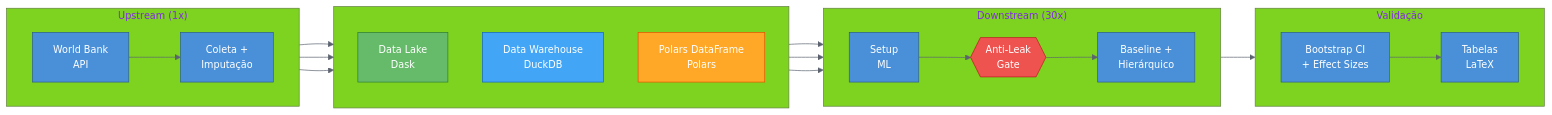
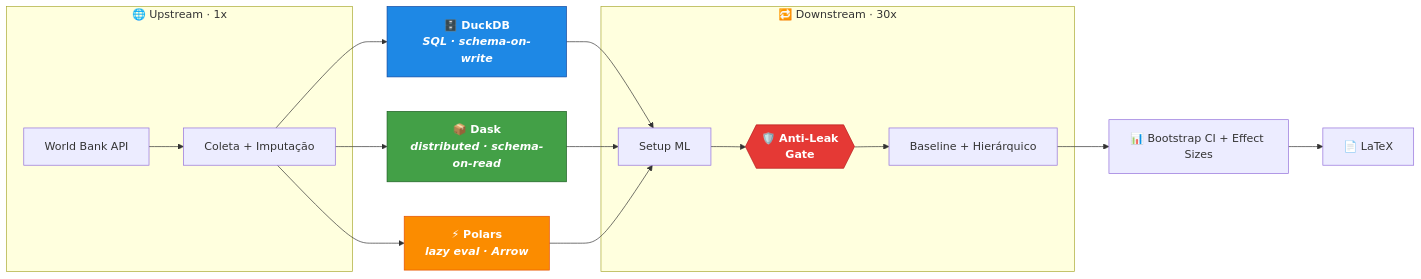
The first of 5 diagrams in README.md (DATA-UFMS/rampart-framework), drawn with Mermaid before and after one commit.

Commit message:
docs: melhora diagrama principal do README para dark mode

````diff
--- a/README.md
+++ b/README.md
@@ -5,52 +5,26 @@
 ```mermaid
----
-config:
-  theme: base
-  themeVariables:
-    primaryColor: "#4a90d9"
-    primaryTextColor: "#fff"
-    primaryBorderColor: "#2c5f8a"
-    secondaryColor: "#f5a623"
-    tertiaryColor: "#7ed321"
-    lineColor: "#5c6370"
-    fontSize: "14px"
----
 flowchart LR
-    subgraph upstream ["Upstream (1x)"]
-        direction LR
-        A["World Bank\nAPI"]
-        B["Coleta +\nImputação"]
-        A --> B
+    subgraph U["🌐 Upstream · 1x"]
+        A["World Bank API"] --> B["Coleta + Imputação"]
     end
 
-    subgraph fork [" "]
-        direction TB
-        DL["Data Lake\n Dask "]:::dask
-        DW["Data Warehouse\n DuckDB "]:::duck
-        PL["Polars DataFrame\n Polars "]:::polars
+    B --> DW & DL & PL
+
+    DW["🗄️ DuckDB<br/><i>SQL · schema-on-write</i>"]:::dw
+    DL["📦 Dask<br/><i>distributed · schema-on-read</i>"]:::dl
+    PL["⚡ Polars<br/><i>lazy eval · Arrow</i>"]:::pl
+
+    DW & DL & PL --> S
+
+    subgraph D["🔁 Downstream · 30x"]
+        S["Setup ML"] --> G{{"🛡️ Anti-Leak<br/>Gate"}}:::gate
+        G --> M["Baseline + Hierárquico"]
     end
 
-    subgraph downstream ["Downstream (30x)"]
-        direction LR
-        S["Setup\nML"]
-        G{{"Anti-Leak\nGate"}}:::gate
-        M["Baseline +\nHierárquico"]
-        S --> G --> M
-    end
+    M --> V["📊 Bootstrap CI + Effect Sizes"] --> T["📄 LaTeX"]
 
-    subgraph val ["Validação"]
-        direction LR
-        V["Bootstrap CI\n+ Effect Sizes"]
-        T["Tabelas\nLaTeX"]
-        V --> T
-    end
-
-    B --> DL & DW & PL
-    DL & DW & PL --> S
-    M --> V
-
-    classDef dask fill:#66bb6a,stroke:#2e7d32,color:#fff
-    classDef duck fill:#42a5f5,stroke:#1565c0,color:#fff
-    classDef polars fill:#ffa726,stroke:#e65100,color:#fff
-    classDef gate fill:#ef5350,stroke:#b71c1c,color:#fff
+    classDef dw fill:#1e88e5,stroke:#0d47a1,color:#fff,font-weight:bold
+    classDef dl fill:#43a047,stroke:#1b5e20,color:#fff,font-weight:bold
+    classDef pl fill:#fb8c00,stroke:#e65100,color:#fff,font-weight:bold
+    classDef gate fill:#e53935,stroke:#b71c1c,color:#fff,font-weight:bold
 ```
````
